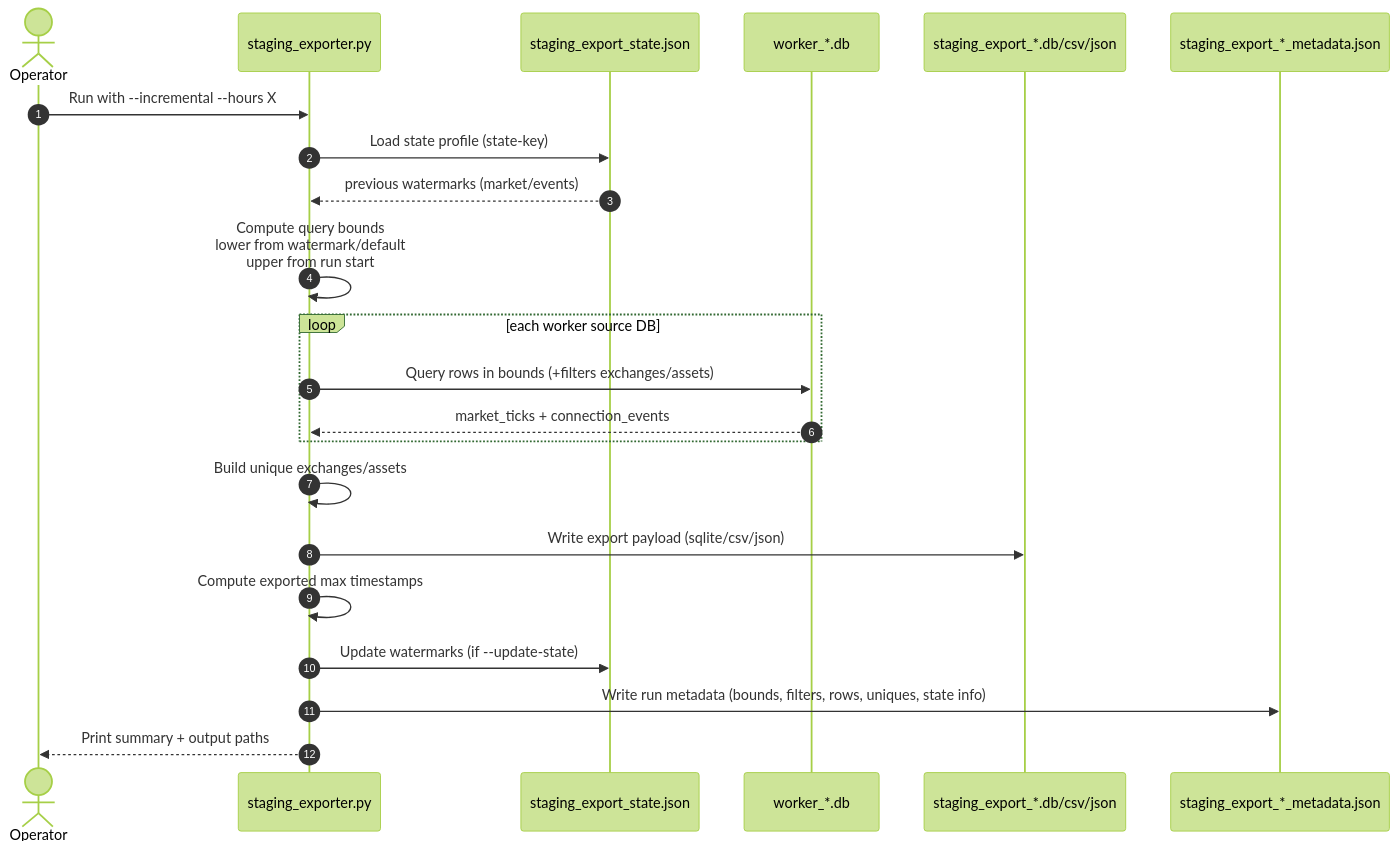
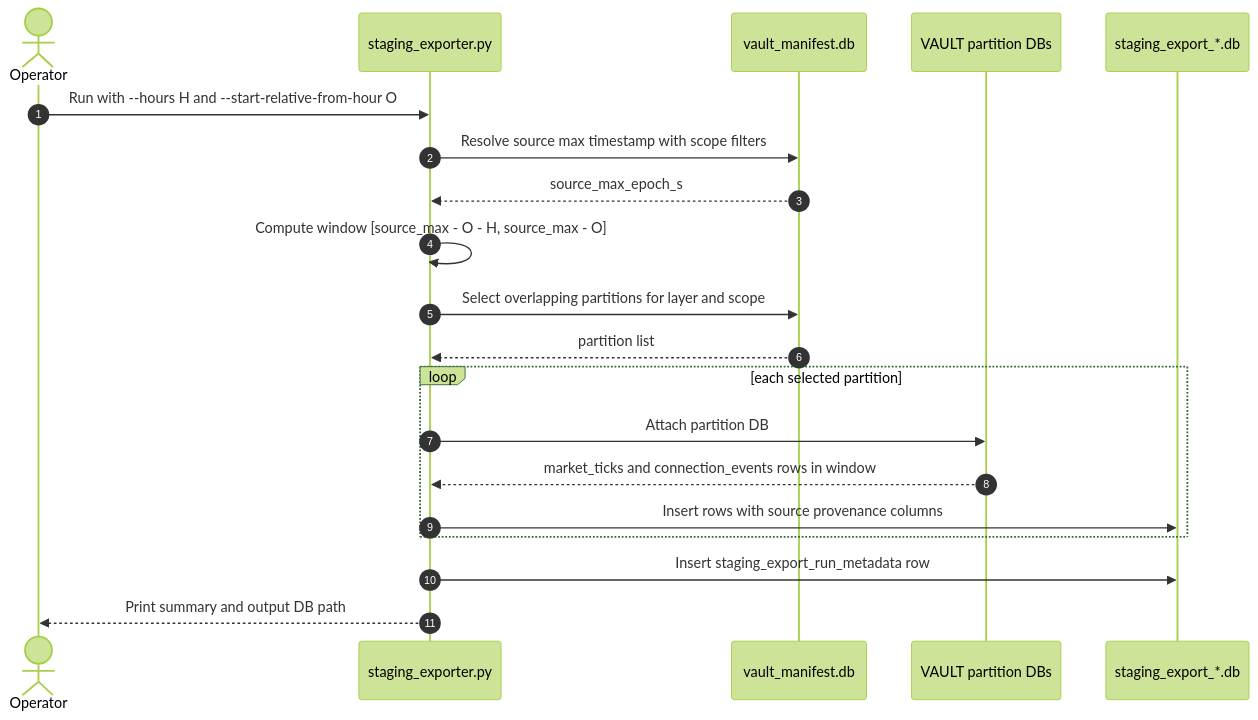
The diagram in diagrams/2_staging/uml_sequence_staging_incremental_export.mmd (laiki/crypto_DWH), drawn with Mermaid (forest theme) before and after one commit. The commit also changed 172 other files, not shown here.

Commit message:
implementation of the new architecture

```diff
--- a/diagrams/2_staging/uml_sequence_staging_incremental_export.mmd
+++ b/diagrams/2_staging/uml_sequence_staging_incremental_export.mmd
@@ -1,25 +1,23 @@
 sequenceDiagram
     autonumber
     actor OP as Operator
     participant EXP as staging_exporter.py
-    participant ST as staging_export_state.json
-    participant SRC as worker_*.db
-    participant OUT as staging_export_*.db/csv/json
-    participant META as staging_export_*_metadata.json
+    participant MAN as vault_manifest.db
+    participant PART as VAULT partition DBs
+    participant OUT as staging_export_*.db
 
-    OP->>EXP: Run with --incremental --hours X
-    EXP->>ST: Load state profile (state-key)
-    ST-->>EXP: previous watermarks (market/events)
-    EXP->>EXP: Compute query bounds<br/>lower from watermark/default<br/>upper from run start
+    OP->>EXP: Run with --hours H and --start-relative-from-hour O
+    EXP->>MAN: Resolve source max timestamp with scope filters
+    MAN-->>EXP: source_max_epoch_s
+    EXP->>EXP: Compute window [source_max - O - H, source_max - O]
+    EXP->>MAN: Select overlapping partitions for layer and scope
+    MAN-->>EXP: partition list
 
-    loop each worker source DB
-        EXP->>SRC: Query rows in bounds (+filters exchanges/assets)
-        SRC-->>EXP: market_ticks + connection_events
+    loop each selected partition
+        EXP->>PART: Attach partition DB
+        PART-->>EXP: market_ticks and connection_events rows in window
+        EXP->>OUT: Insert rows with source provenance columns
     end
 
-    EXP->>EXP: Build unique exchanges/assets
-    EXP->>OUT: Write export payload (sqlite/csv/json)
-    EXP->>EXP: Compute exported max timestamps
-    EXP->>ST: Update watermarks (if --update-state)
-    EXP->>META: Write run metadata (bounds, filters, rows, uniques, state info)
-    EXP-->>OP: Print summary + output paths
+    EXP->>OUT: Insert staging_export_run_metadata row
+    EXP-->>OP: Print summary and output DB path
```
